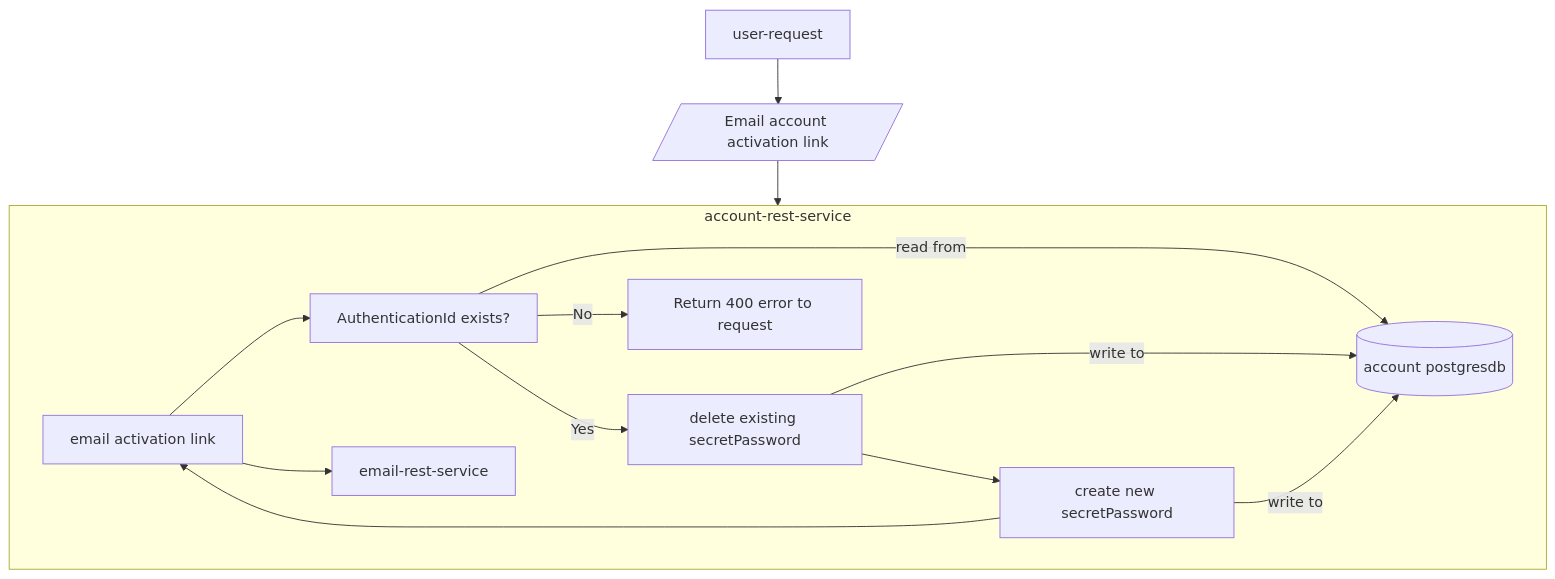
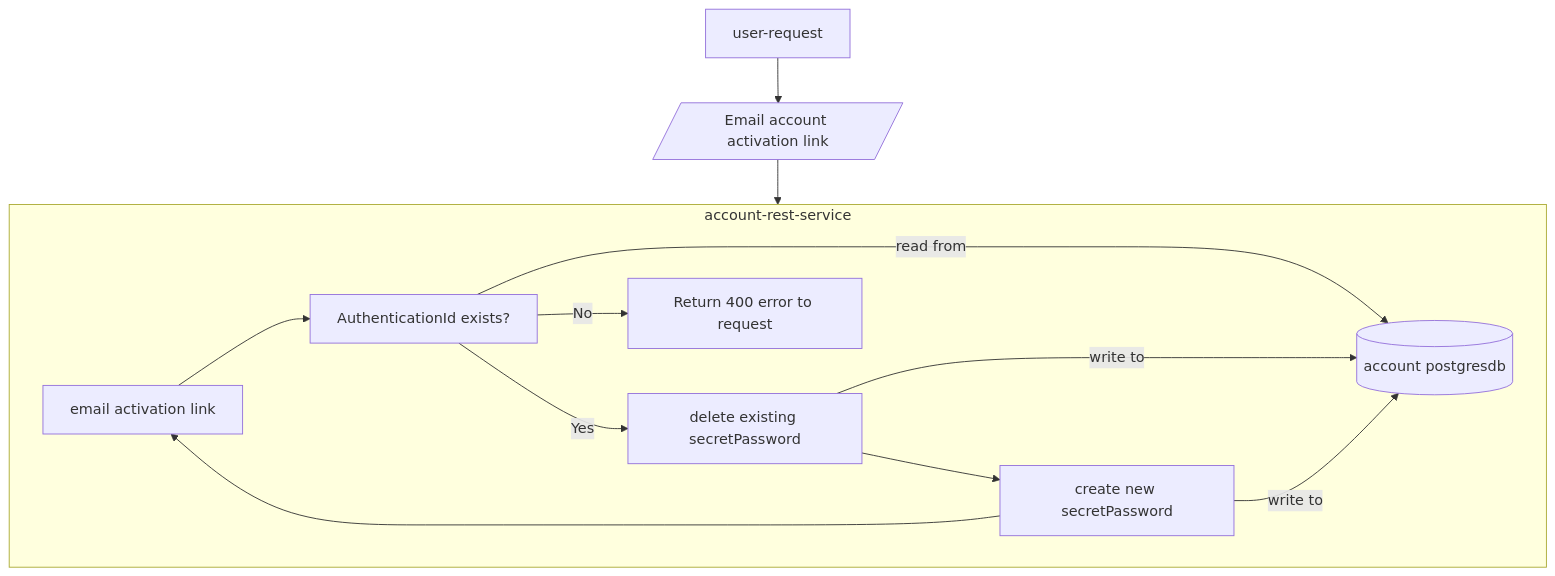
One commit to sonamsamdupkhangsar/account-rest-service changed the third of 8 diagrams in README.md. Above: the diagram before and after it, drawn with Mermaid.

````diff
--- a/README.md
+++ b/README.md
@@ -110,16 +110,16 @@
 ```mermaid
 flowchart TD
   User[user-request] -->UserEmailActivationLink[/Email account activation link/]--> account-rest-service
   
   subgraph account-rest-service
   emailActivationLink --> validateAuthenticationIdExists["AuthenticationId exists?"]
   validateAuthenticationIdExists --"read from"--> accountDb[(account postgresdb)]
   validateAuthenticationIdExists -->|Yes| deleteAnySecretPassword["delete existing secretPassword"]
   deleteAnySecretPassword --"write to"--> accountDb
   validateAuthenticationIdExists -->|No| ReturnError[Return 400 error to request]
   deleteAnySecretPassword --> createNewSecretPassword["create new secretPassword"]
   createNewSecretPassword --"write to"--> accountDb
   createNewSecretPassword --> emailActivationLink["email activation link"]
-  emailActivationLink --> email-rest-service    
+   
   end              
 ```
````
